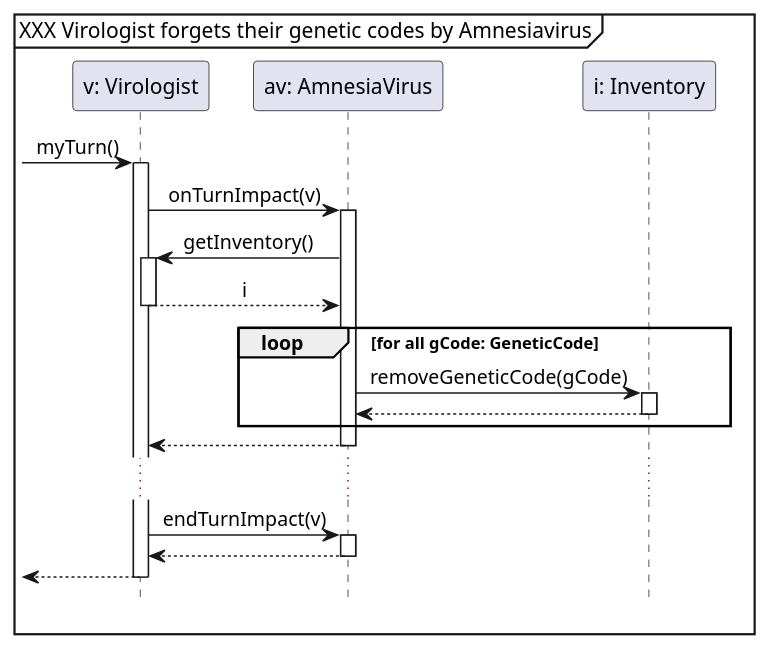
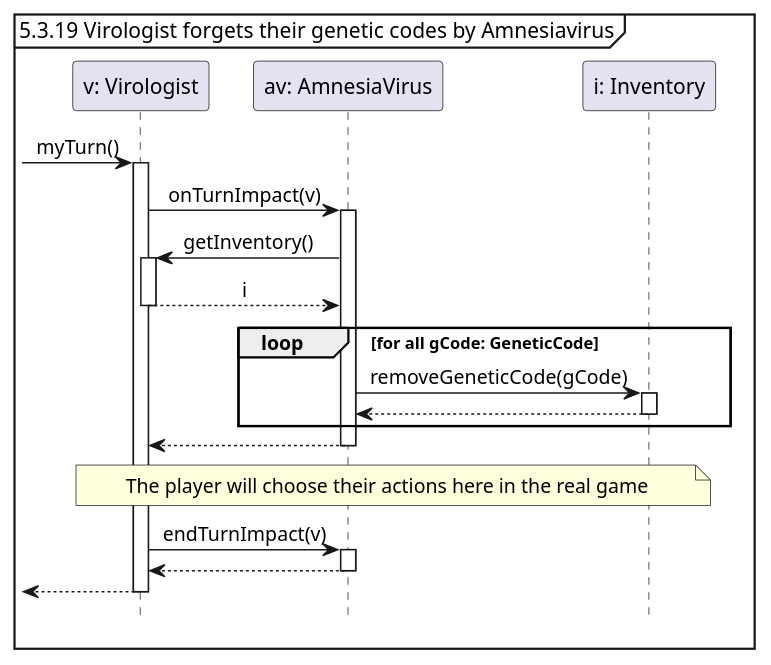
One commit to Tschonti/503-service-unavailable changed the diagram in docs/testCases/sequences/amnesiaVirusOnTurnImpact.puml. Above: the diagram before and after it, drawn with PlantUML. The commit also changed 14 other files, not shown here.

```diff
--- a/docs/testCases/sequences/amnesiaVirusOnTurnImpact.puml
+++ b/docs/testCases/sequences/amnesiaVirusOnTurnImpact.puml
@@ -1,26 +1,26 @@
 @startuml
 'https://plantuml.com/sequence-diagram
 hide footbox
 skinparam sequenceMessageAlign center
 
-mainframe XXX Virologist forgets their genetic codes by Amnesiavirus
+mainframe 5.3.19 Virologist forgets their genetic codes by Amnesiavirus
 
 participant "v: Virologist" as v
 participant "av: AmnesiaVirus" as av
 participant "i: Inventory" as i
 
 -> v ++: myTurn()
     v -> av ++ : onTurnImpact(v)
         av -> v ++:getInventory()
         return i
         loop for all gCode: GeneticCode
             av -> i ++ :removeGeneticCode(gCode)
             return
         end
     return
-    ...
+    note across : The player will choose their actions here in the real game
     v -> av ++ : endTurnImpact(v)
     return
 
 return
 @enduml
```
